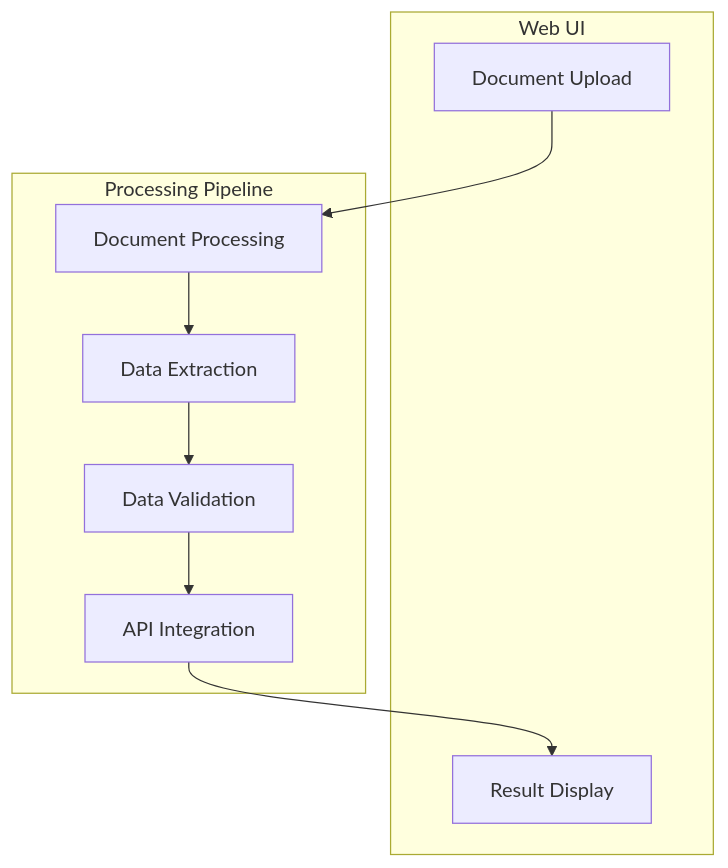
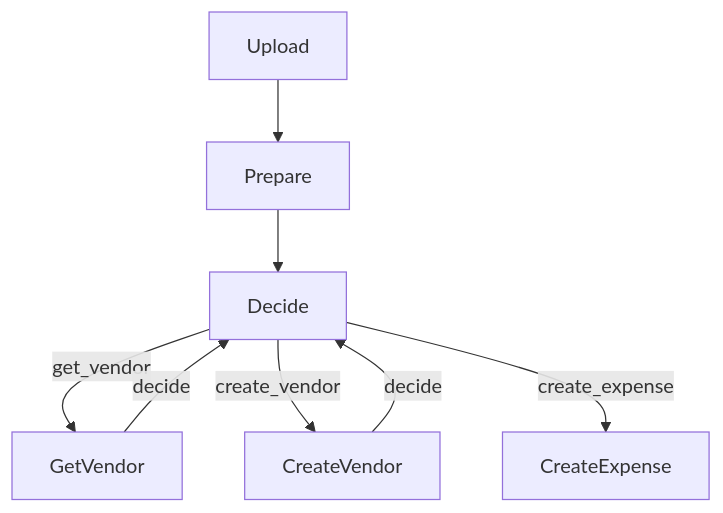
One commit to sreedharlal-b-naick/zoho-expense-creator changed the diagram in docs/design.md. Above: the diagram before and after it, drawn with Mermaid. The commit also changed other lines of this file and 11 other files, not shown here.

````diff
--- a/docs/design.md
+++ b/docs/design.md
@@ -9,20 +9,10 @@
 ```mermaid
 flowchart TD
-    A[Document Upload] --> B[Document Processing]
-    B --> C[Data Extraction]
-    C --> D[Data Validation]
-    D --> E[API Integration]
-    E --> F[Result Display]
-
-    subgraph Web UI
-        A
-        F
-    end
-
-    subgraph Processing Pipeline
-        B
-        C
-        D
-        E
-    end
+    A[Upload] --> B[Prepare]
+    B --> C[Decide]
+    C -->|get_vendor| D[GetVendor]
+    C -->|create_vendor| E[CreateVendor]
+    C -->|create_expense| F[CreateExpense]
+    D -->|decide| C
+    E -->|decide| C
 ```
````
